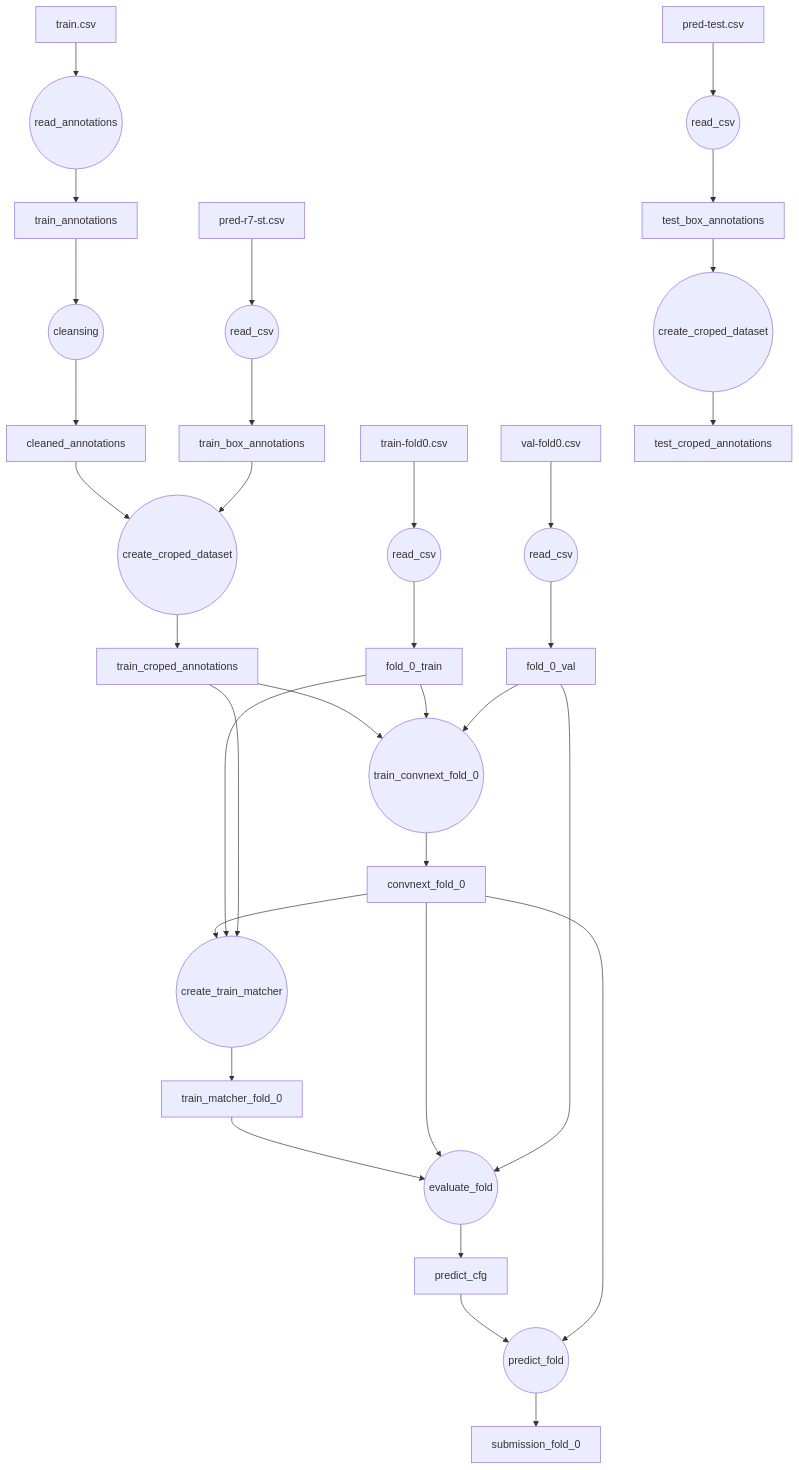
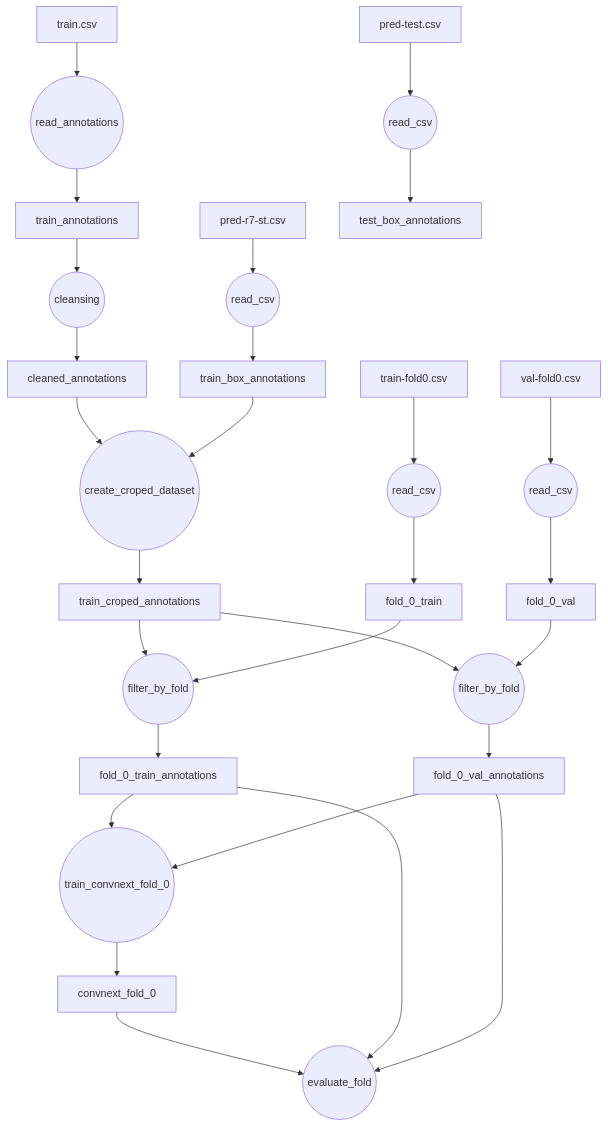
Before and after one commit to h4nyu/vision-tools: the diagram in hwad_bench/README.md, drawn with Mermaid.

````diff
--- a/hwad_bench/README.md
+++ b/hwad_bench/README.md
@@ -1,26 +1,24 @@
 ```mermaid
 flowchart TB
 train.csv --> read_annotations((read_annotations))
 read_annotations --> train_annotations
 train_annotations --> cleansing((cleansing)) --> cleaned_annotations
 pred-r7-st.csv --> read_csv((read_csv)) --> train_box_annotations
 cleaned_annotations --> create_croped_dataset0((create_croped_dataset)) --> train_croped_annotations
 train_box_annotations --> create_croped_dataset0
 train-fold0.csv --> read_csv0((read_csv)) --> fold_0_train
 val-fold0.csv --> read_csv1((read_csv)) --> fold_0_val
-train_croped_annotations --> train0((train_convnext_fold_0))
-fold_0_train --> train0
-fold_0_val --> train0
+train_croped_annotations --> filter_by_fold0((filter_by_fold)) --> fold_0_train_annotations
+fold_0_train --> filter_by_fold0
+train_croped_annotations --> filter_by_fold1((filter_by_fold)) --> fold_0_val_annotations
+fold_0_val --> filter_by_fold1
+
+fold_0_train_annotations --> train0((train_convnext_fold_0))
+fold_0_val_annotations --> train0
 pred-test.csv --> read_csv2((read_csv)) --> test_box_annotations
 train0((train_convnext_fold_0)) --> convnext_fold_0
-convnext_fold_0 --> create_train_matcher0((create_train_matcher)) --> train_matcher_fold_0
-fold_0_train --> create_train_matcher0((create_train_matcher))
-train_croped_annotations --> create_train_matcher0((create_train_matcher))
-train_matcher_fold_0 --> evaluate_fold0((evaluate_fold)) --> predict_cfg
 convnext_fold_0 --> evaluate_fold0((evaluate_fold)) 
-fold_0_val --> evaluate_fold0((evaluate_fold)) 
+fold_0_train_annotations --> evaluate_fold0((evaluate_fold))
+fold_0_val_annotations --> evaluate_fold0
 
-test_box_annotations --> create_croped_dataset1((create_croped_dataset)) --> test_croped_annotations
-predict_cfg --> predict_fold_0((predict_fold)) --> submission_fold_0
-convnext_fold_0 --> predict_fold_0((predict_fold))
 ```
````
